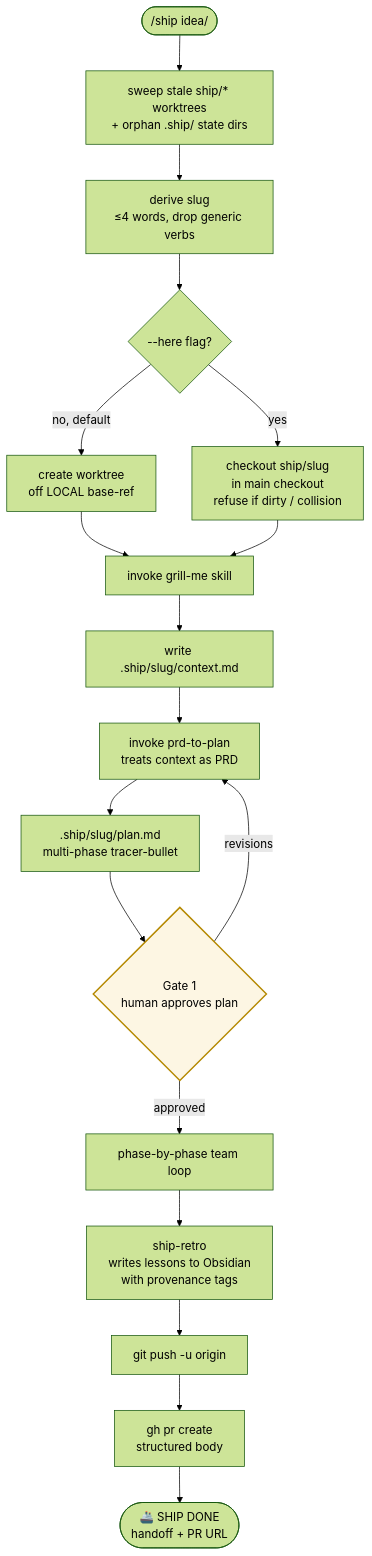
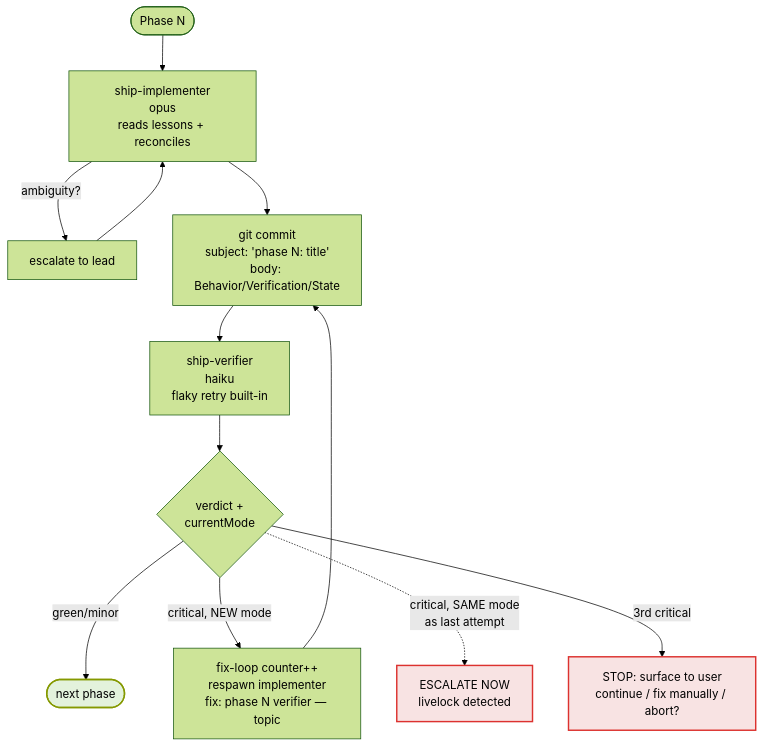
The second of 4 diagrams in ARCHITECTURE.md (aliaksei-loi/ship), drawn with Mermaid (forest theme) before and after one commit. The commit also changed other lines of this file and 13 other files, not shown here.

````diff
--- a/ARCHITECTURE.md
+++ b/ARCHITECTURE.md
@@ -72,23 +88,18 @@
 ```mermaid
 flowchart TD
-    Idea([/ship idea/]) --> Sweep[sweep stale ship/* worktrees<br/>+ orphan .ship/ state dirs]
-    Sweep --> Slug[derive slug<br/>≤4 words, drop generic verbs]
-    Slug --> Mode{--here flag?}
-    Mode -->|no, default| Wt[create worktree<br/>off LOCAL base-ref]
-    Mode -->|yes| Here[checkout ship/slug<br/>in main checkout<br/>refuse if dirty / collision]
-    Wt --> Grill[invoke grill-me skill]
-    Here --> Grill
-    Grill --> Ctx[write .ship/slug/context.md]
-    Ctx --> Plan[invoke prd-to-plan<br/>treats context as PRD]
-    Plan --> PlanFile[.ship/slug/plan.md<br/>multi-phase tracer-bullet]
-    PlanFile --> Gate{Gate 1<br/>human approves plan}
-    Gate -->|revisions| Plan
-    Gate -->|approved| Loop[phase-by-phase team loop]
-    Loop --> Retro[ship-retro<br/>writes lessons to Obsidian<br/>with provenance tags]
-    Retro --> Push[git push -u origin]
-    Push --> PR[gh pr create<br/>structured body]
-    PR --> Done([🚢 SHIP DONE<br/>handoff + PR URL])
+    Start([Phase N]) --> Imp[ship-implementer<br/>opus<br/>reads lessons + reconciles]
+    Imp -->|ambiguity?| Esc[escalate to lead]
+    Esc --> Imp
+    Imp --> Commit[git commit<br/>subject: 'phase N: title'<br/>body: Behavior/Verification/State]
+    Commit --> Ver[ship-verifier<br/>haiku<br/>flaky retry built-in]
+    Ver --> Verdict{verdict +<br/>currentMode}
+    Verdict -->|green/minor| Next([next phase])
+    Verdict -->|critical, NEW mode| FixLoop[fix-loop counter++<br/>respawn implementer<br/>fix: phase N verifier — topic]
+    FixLoop --> Commit
+    Verdict -.critical, SAME mode<br/>as last attempt.-> SameDef[ESCALATE NOW<br/>livelock detected]:::stop
+    Verdict -->|3rd critical| Stop[STOP: surface to user<br/>continue / fix manually / abort?]:::stop
 
-    classDef gate fill:#fdf6e3,stroke:#b58900,stroke-width:2px
-    class Gate gate
+    classDef stop fill:#f8e3e3,stroke:#dc322f,stroke-width:2px
+    classDef green fill:#e3f2dc,stroke:#859900,stroke-width:2px
+    class Next green
 ```
````
